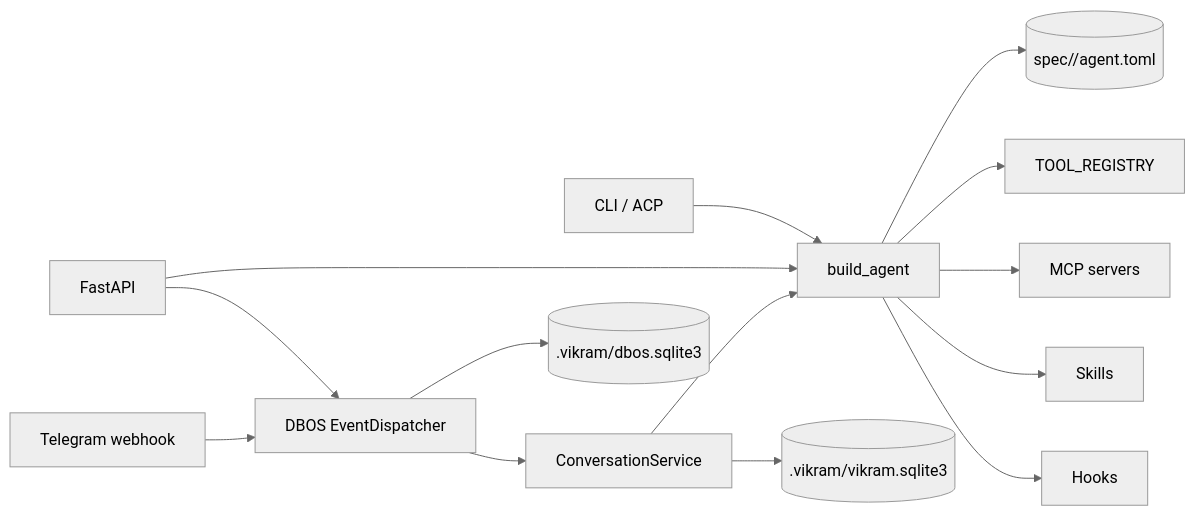
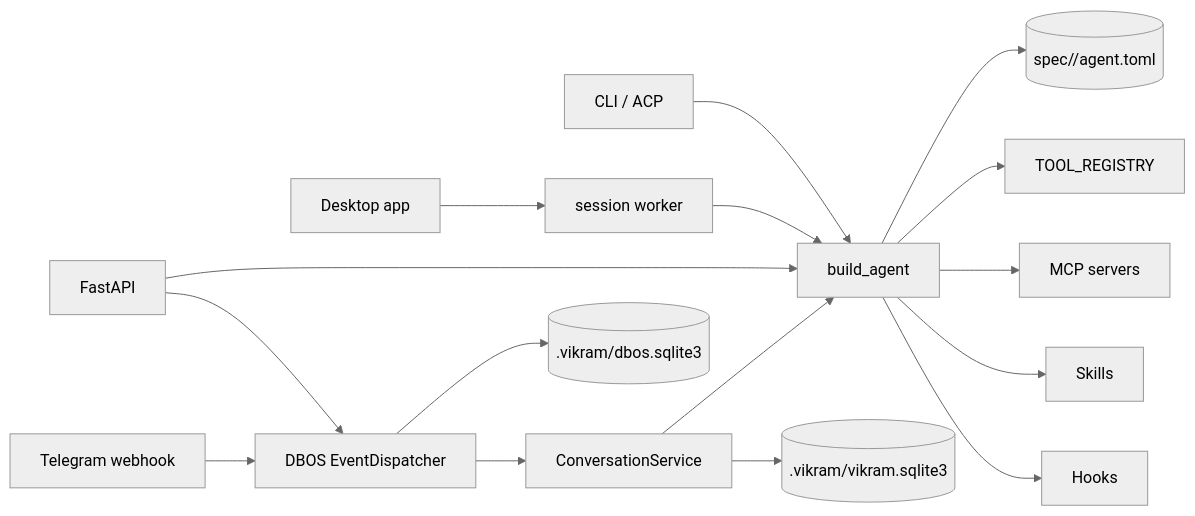
One commit to raniendu/vikram changed the diagram in docs/current_architecture.md. Above: the diagram before and after it, drawn with Mermaid (neutral theme). The commit also changed 16 other files, not shown here.

````diff
--- a/docs/current_architecture.md
+++ b/docs/current_architecture.md
@@ -5,16 +5,17 @@
 ```mermaid
 flowchart LR
     cli[CLI / ACP] --> factory[build_agent]
+    gui[Desktop app] --> worker[session worker] --> factory
     http[FastAPI] --> factory
     http --> dispatch[DBOS EventDispatcher]
     telegram[Telegram webhook] --> dispatch
     dispatch --> service[ConversationService]
     service --> factory
     factory --> spec[(spec/<agent>/agent.toml)]
     factory --> tools[TOOL_REGISTRY]
     factory --> mcp[MCP servers]
     factory --> skills[Skills]
     factory --> hooks[Hooks]
     service --> store[(.vikram/vikram.sqlite3)]
     dispatch --> dbos[(.vikram/dbos.sqlite3)]
 ```
````
